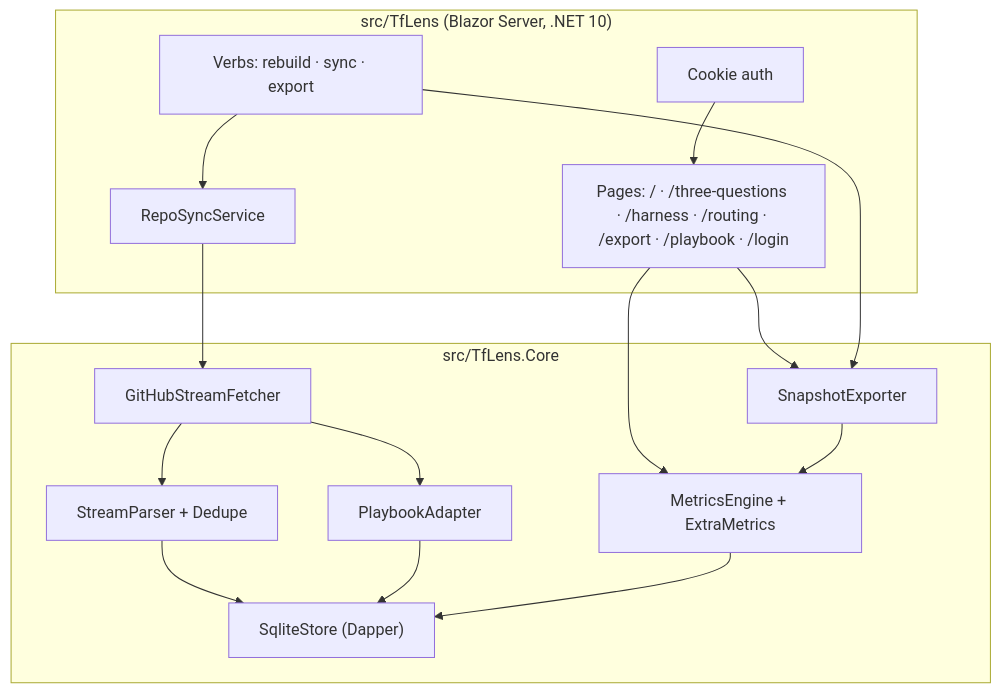
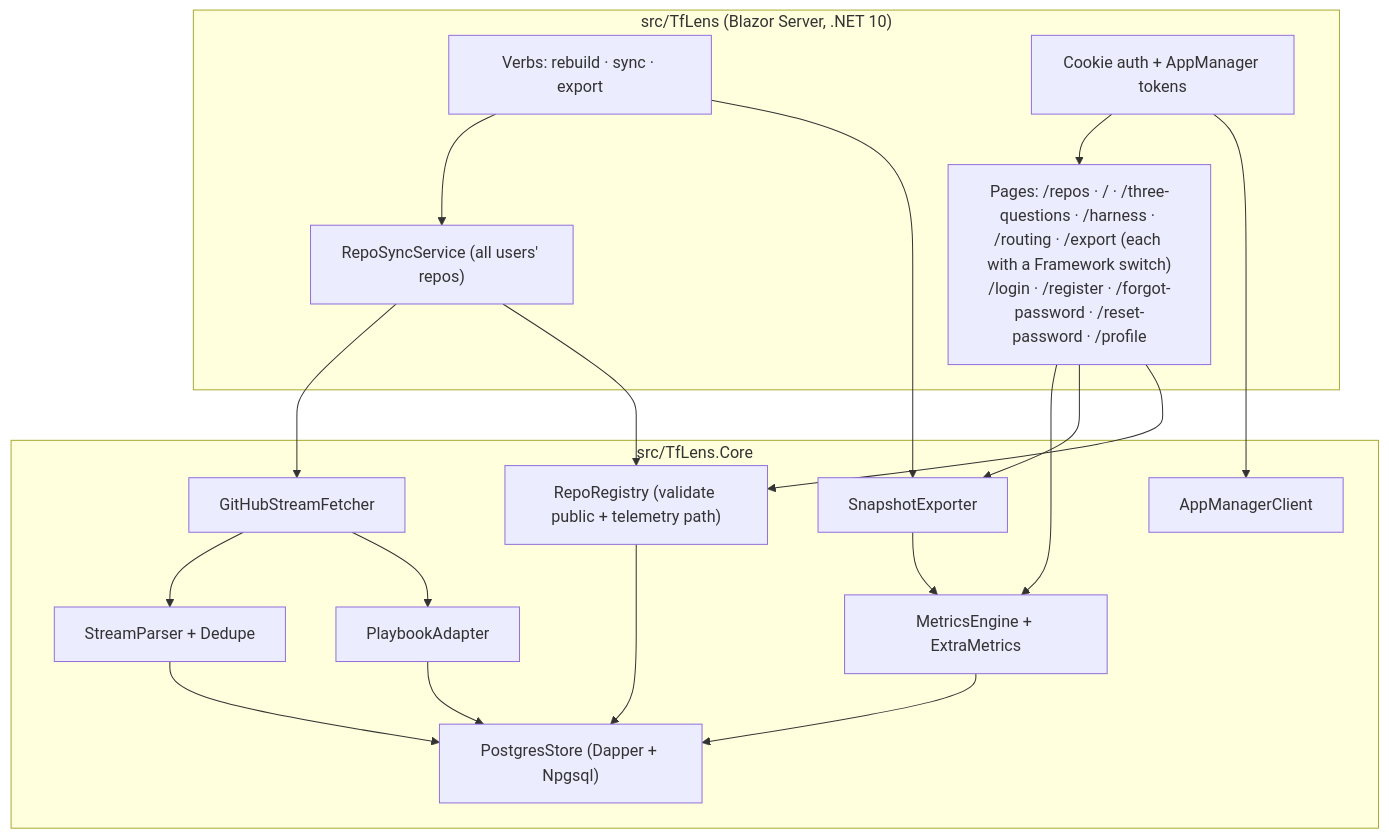
The third of 10 diagrams in docs/TfLens-BRD.md (techierathore/TfLens), drawn with Mermaid before and after one commit. The commit also changed other lines of this file and 26 other files, not shown here.

````diff
--- a/docs/TfLens-BRD.md
+++ b/docs/TfLens-BRD.md
@@ -162,29 +174,35 @@
 ```mermaid
 flowchart TB
   subgraph Head["src/TfLens (Blazor Server, .NET 10)"]
-    Pages["Pages: / · /three-questions · /harness · /routing · /export · /playbook · /login"]
-    Sync["RepoSyncService"]
+    Pages["Pages: /repos · / · /three-questions · /harness · /routing · /export (each with a Framework switch)<br/>/login · /register · /forgot-password · /reset-password · /profile"]
+    Sync["RepoSyncService (all users' repos)"]
     Verbs["Verbs: rebuild · sync · export"]
-    Auth["Cookie auth"]
+    Auth["Cookie auth + AppManager tokens"]
   end
   subgraph Core["src/TfLens.Core"]
+    AMC["AppManagerClient"]
+    RepoSvc["RepoRegistry (validate public + telemetry path)"]
     Fetch["GitHubStreamFetcher"]
     Parse["StreamParser + Dedupe"]
-    Store["SqliteStore (Dapper)"]
+    Store["PostgresStore (Dapper + Npgsql)"]
     Engine["MetricsEngine + ExtraMetrics"]
     Exp["SnapshotExporter"]
     Pb["PlaybookAdapter"]
   end
   Pages --> Engine
   Pages --> Exp
   Sync --> Fetch
   Verbs --> Sync
   Verbs --> Exp
   Fetch --> Parse
   Fetch --> Pb
   Parse --> Store
   Pb --> Store
   Engine --> Store
   Exp --> Engine
   Auth --> Pages
+  Auth --> AMC
+  Pages --> RepoSvc
+  RepoSvc --> Store
+  Sync --> RepoSvc
 ```
````
